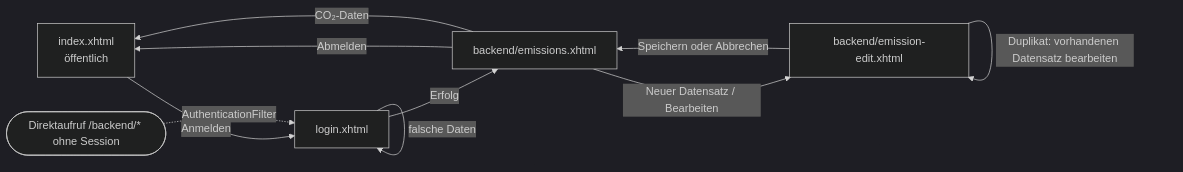
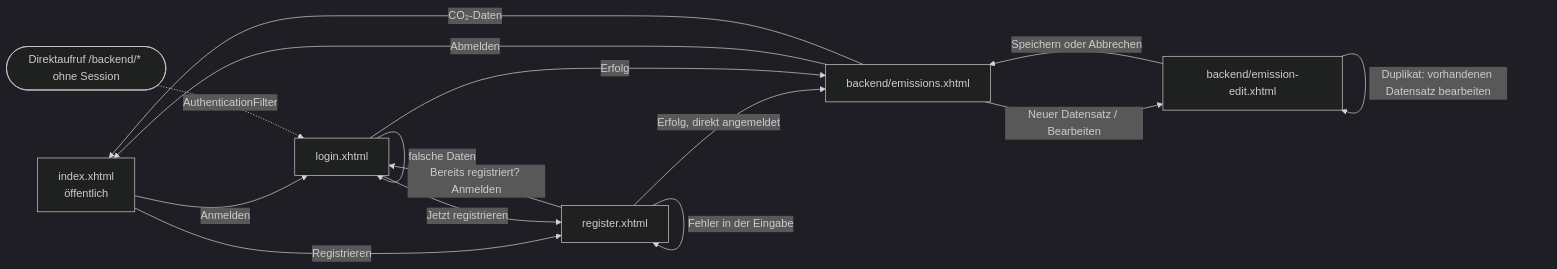
The diagram in LikeHeroToZero/docs/navigation.md (andreasBraeumer/LikeHeroToZero), drawn with Mermaid (dark theme) before and after one commit. The commit also changed other lines of this file and 13 other files, not shown here.

````diff
--- a/LikeHeroToZero/docs/navigation.md
+++ b/LikeHeroToZero/docs/navigation.md
@@ -3,12 +3,17 @@
 ```mermaid
 flowchart LR
     index["index.xhtml<br/>öffentlich"] -->|Anmelden| login["login.xhtml"]
     login -->|falsche Daten| login
+    index -->|Registrieren| register["register.xhtml"]
+    login -->|Jetzt registrieren| register
+    register -->|Bereits registriert? Anmelden| login
+    register -->|Fehler in der Eingabe| register
+    register -->|Erfolg, direkt angemeldet| list
     login -->|Erfolg| list["backend/emissions.xhtml"]
     list -->|Neuer Datensatz / Bearbeiten| edit["backend/emission-edit.xhtml"]
     edit -->|Speichern oder Abbrechen| list
     edit -->|Duplikat: vorhandenen Datensatz bearbeiten| edit
     list -->|Abmelden| index
     list -->|CO₂-Daten| index
     direct(["Direktaufruf /backend/* ohne Session"]) -.->|AuthenticationFilter| login
 ```
````
